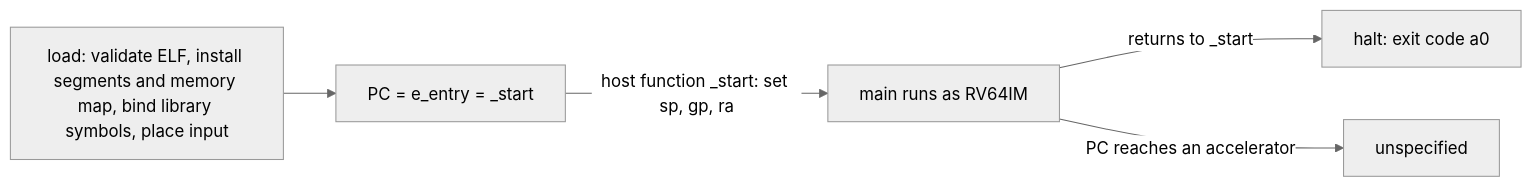
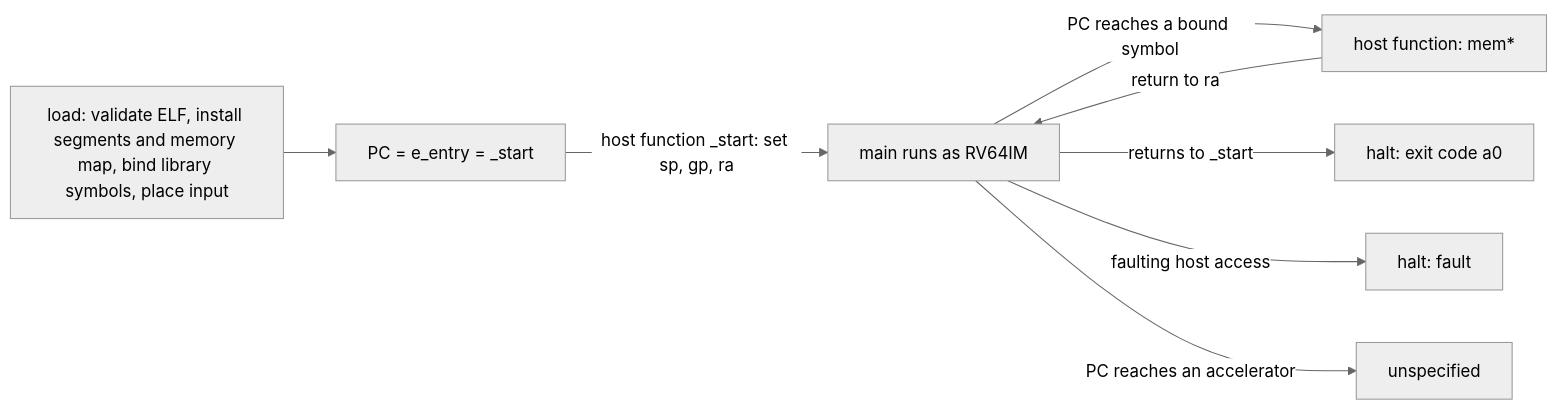
One commit to eth-act/zkevm-standards changed the diagram in reference/README.md. Above: the diagram before and after it, drawn with Mermaid (neutral theme). The commit also changed other lines of this file and 10 other files, not shown here.

````diff
--- a/reference/README.md
+++ b/reference/README.md
@@ -53,7 +55,10 @@
 ```mermaid
 flowchart LR
   L[load: validate ELF, install segments and memory map, bind library symbols, place input] --> S[PC = e_entry = _start]
   S -->|host function _start: set sp, gp, ra| M[main runs as RV64IM]
+  M -->|PC reaches a bound symbol| H[host function: mem*]
+  H -->|return to ra| M
   M -->|returns to _start| E[halt: exit code a0]
+  M -->|faulting host access| F[halt: fault]
   M -->|PC reaches an accelerator| U[unspecified]
 ```
````
